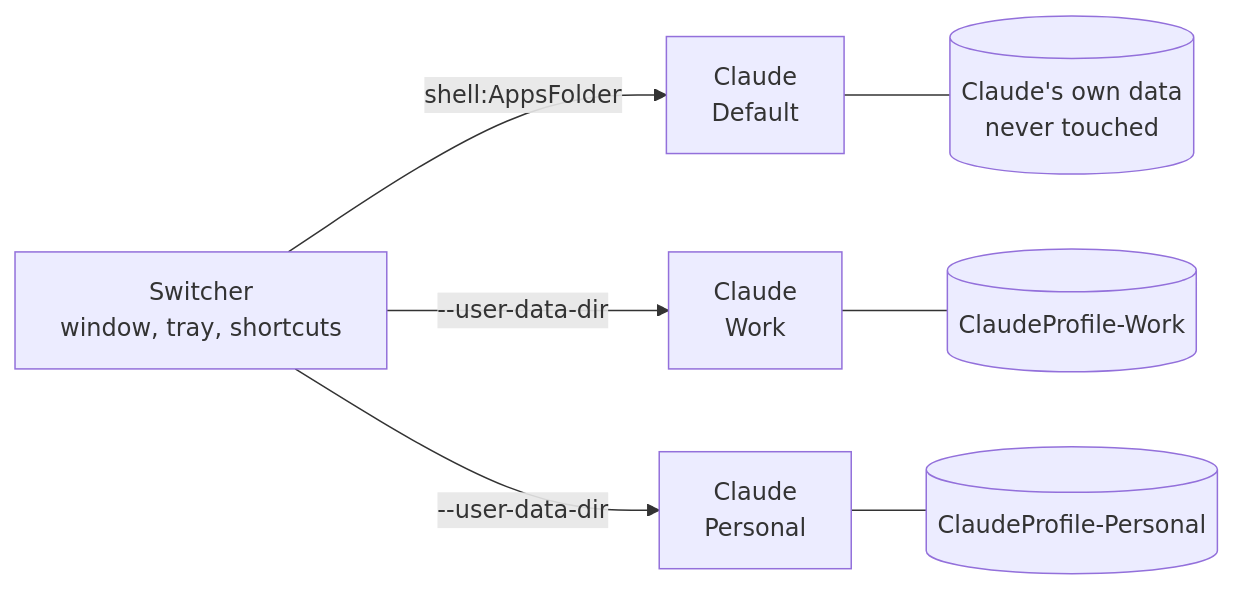
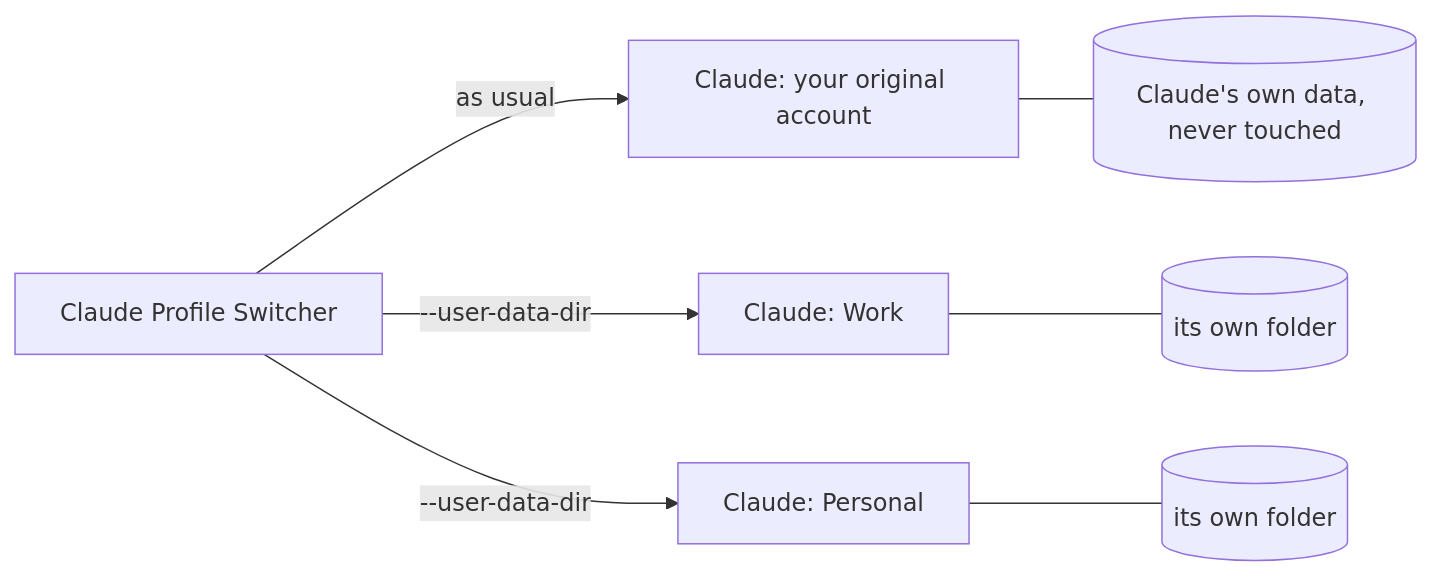
Before and after one commit to PriyanshuGeTRekT/Claude-Code-Desktop-Switcher: the diagram in README.md, drawn with Mermaid. The commit also changed other lines of this file and 8 other files, not shown here.

````diff
--- a/README.md
+++ b/README.md
@@ -237,10 +269,10 @@
 ```mermaid
 flowchart LR
-    S["Switcher<br/>window, tray, shortcuts"]
-    S -->|shell:AppsFolder| D["Claude<br/>Default"]
-    S -->|--user-data-dir| W["Claude<br/>Work"]
-    S -->|--user-data-dir| P["Claude<br/>Personal"]
-    D --- DD[("Claude's own data<br/>never touched")]
-    W --- WD[("ClaudeProfile-Work")]
-    P --- PD[("ClaudeProfile-Personal")]
+    S["Claude Profile Switcher"]
+    S -->|as usual| D["Claude: your original account"]
+    S -->|--user-data-dir| W["Claude: Work"]
+    S -->|--user-data-dir| P["Claude: Personal"]
+    D --- DD[("Claude's own data, never touched")]
+    W --- WD[("its own folder")]
+    P --- PD[("its own folder")]
 ```
````
